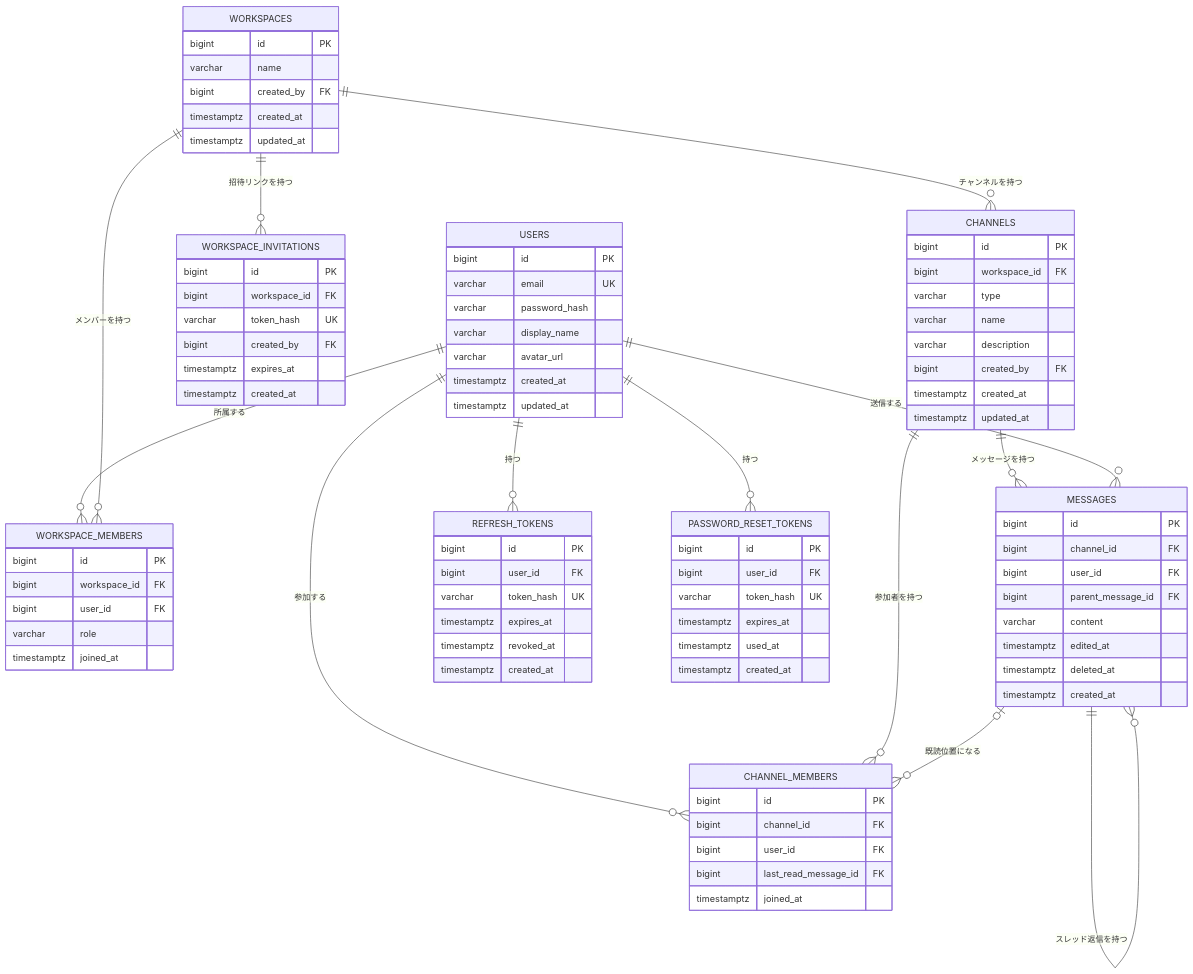
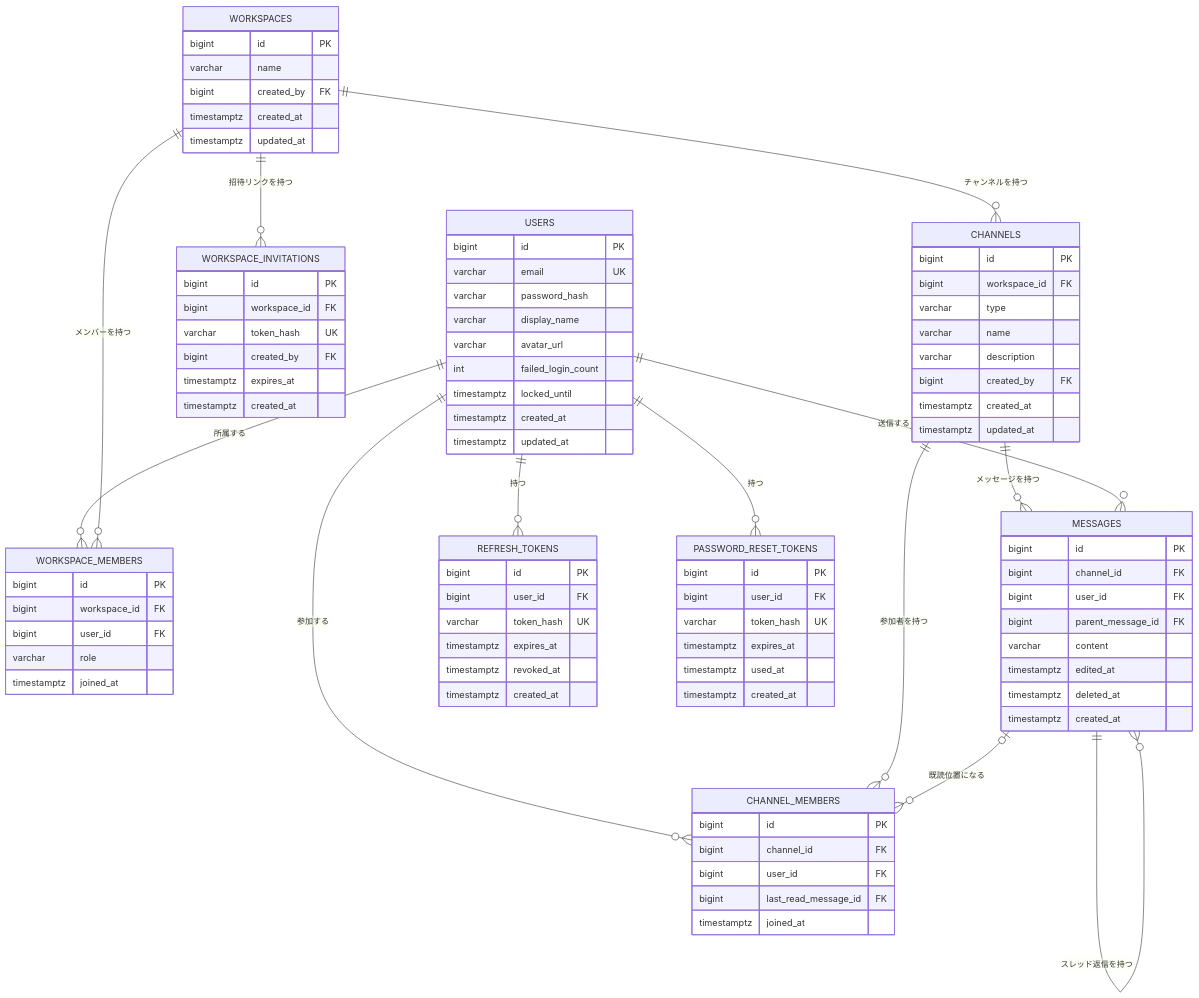
The diagram in docs/database-design.md (marinnk/RaiseTechChat), drawn with Mermaid before and after one commit. The commit also changed other lines of this file and 2 other files, not shown here.

```diff
--- a/docs/database-design.md
+++ b/docs/database-design.md
@@ -142,6 +149,8 @@
         varchar password_hash
         varchar display_name
         varchar avatar_url
+        int failed_login_count
+        timestamptz locked_until
         timestamptz created_at
         timestamptz updated_at
     }
```
